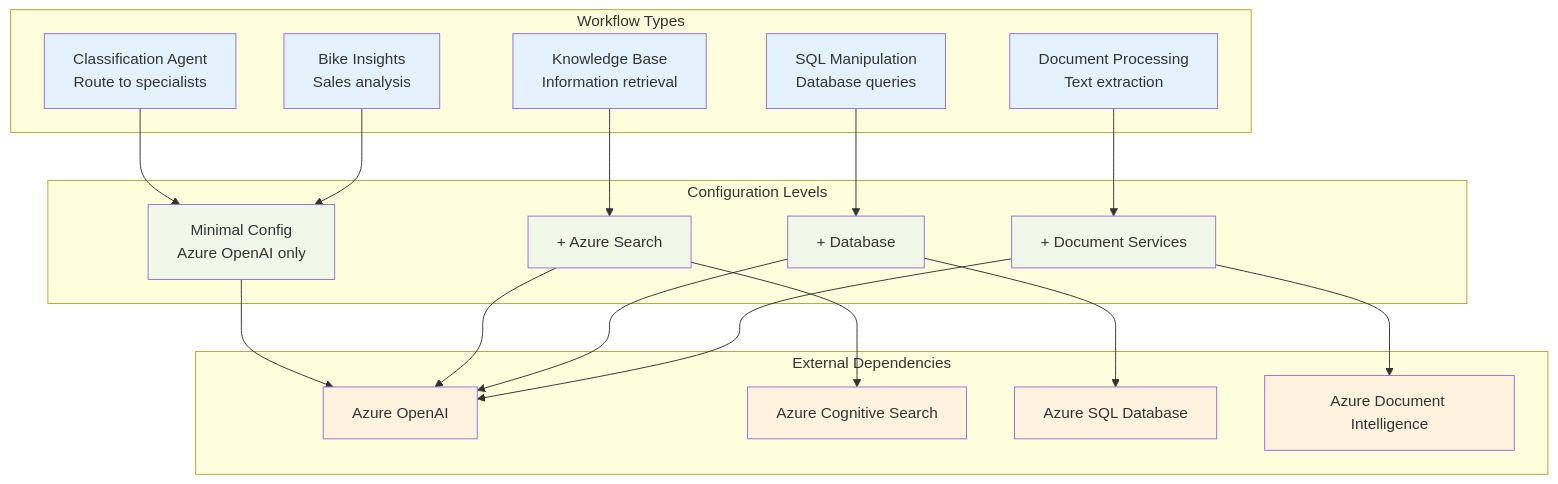
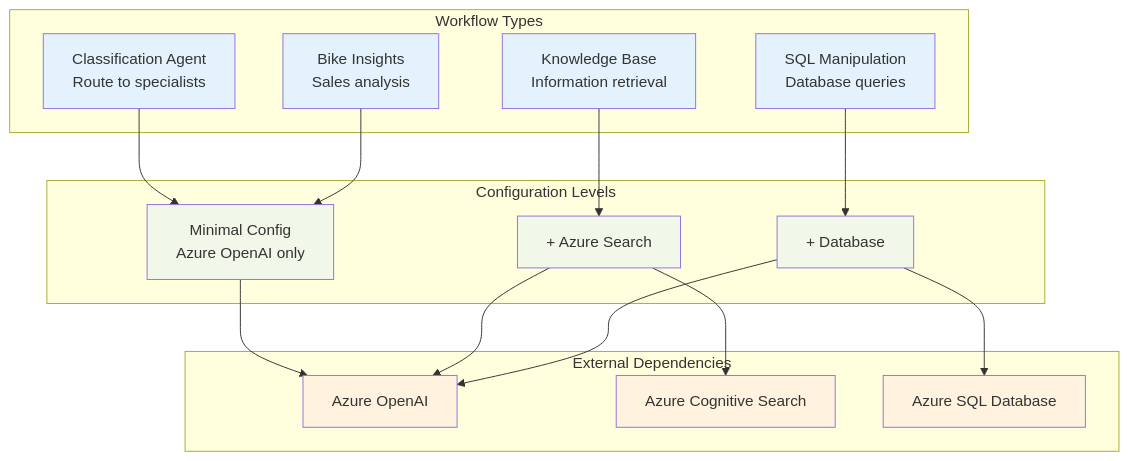
The first of 10 diagrams in docs/workflows/README.md (the-ingenious-dark-knight/Insight_Ingenious), drawn with Mermaid before and after one commit. The commit also changed other lines of this file and 1 other file, not shown here.

Commit message:
fix: Update README to clarify bike-insights workflow inclusion in extensions template and remove document processing references

````diff
--- a/docs/workflows/README.md
+++ b/docs/workflows/README.md
@@ -18,49 +18,42 @@
 ```mermaid
 graph TB
     subgraph "Workflow Types"
         CLASSIFICATION[Classification Agent<br/>Route to specialists]
         BIKE[Bike Insights<br/>Sales analysis]
         KNOWLEDGE[Knowledge Base<br/>Information retrieval]
         SQL[SQL Manipulation<br/>Database queries]
-        DOCUMENT[Document Processing<br/>Text extraction]
     end
 
     subgraph "Configuration Levels"
         MINIMAL[Minimal Config<br/>Azure OpenAI only]
         SEARCH[+ Azure Search]
         DATABASE[+ Database]
-        SERVICES[+ Document Services]
     end
 
     subgraph "External Dependencies"
         AZURE_OPENAI[Azure OpenAI]
         AZURE_SEARCH[Azure Cognitive Search]
         AZURE_SQL[Azure SQL Database]
-        AZURE_DOC[Azure Document Intelligence]
     end
 
     CLASSIFICATION --> MINIMAL
     BIKE --> MINIMAL
 
     KNOWLEDGE --> SEARCH
 
     SQL --> DATABASE
 
-    DOCUMENT --> SERVICES
-
     MINIMAL --> AZURE_OPENAI
     SEARCH --> AZURE_OPENAI
     SEARCH --> AZURE_SEARCH
     DATABASE --> AZURE_OPENAI
     DATABASE --> AZURE_SQL
-    SERVICES --> AZURE_OPENAI
-    SERVICES --> AZURE_DOC
 
     classDef workflow fill:#e3f2fd
     classDef config fill:#f1f8e9
     classDef external fill:#fff3e0
 
-    class CLASSIFICATION,BIKE,KNOWLEDGE,SQL,DOCUMENT workflow
-    class MINIMAL,SEARCH,DATABASE,SERVICES config
-    class AZURE_OPENAI,AZURE_SEARCH,AZURE_SQL,AZURE_DOC external
+    class CLASSIFICATION,BIKE,KNOWLEDGE,SQL workflow
+    class MINIMAL,SEARCH,DATABASE config
+    class AZURE_OPENAI,AZURE_SEARCH,AZURE_SQL external
 ```
````
